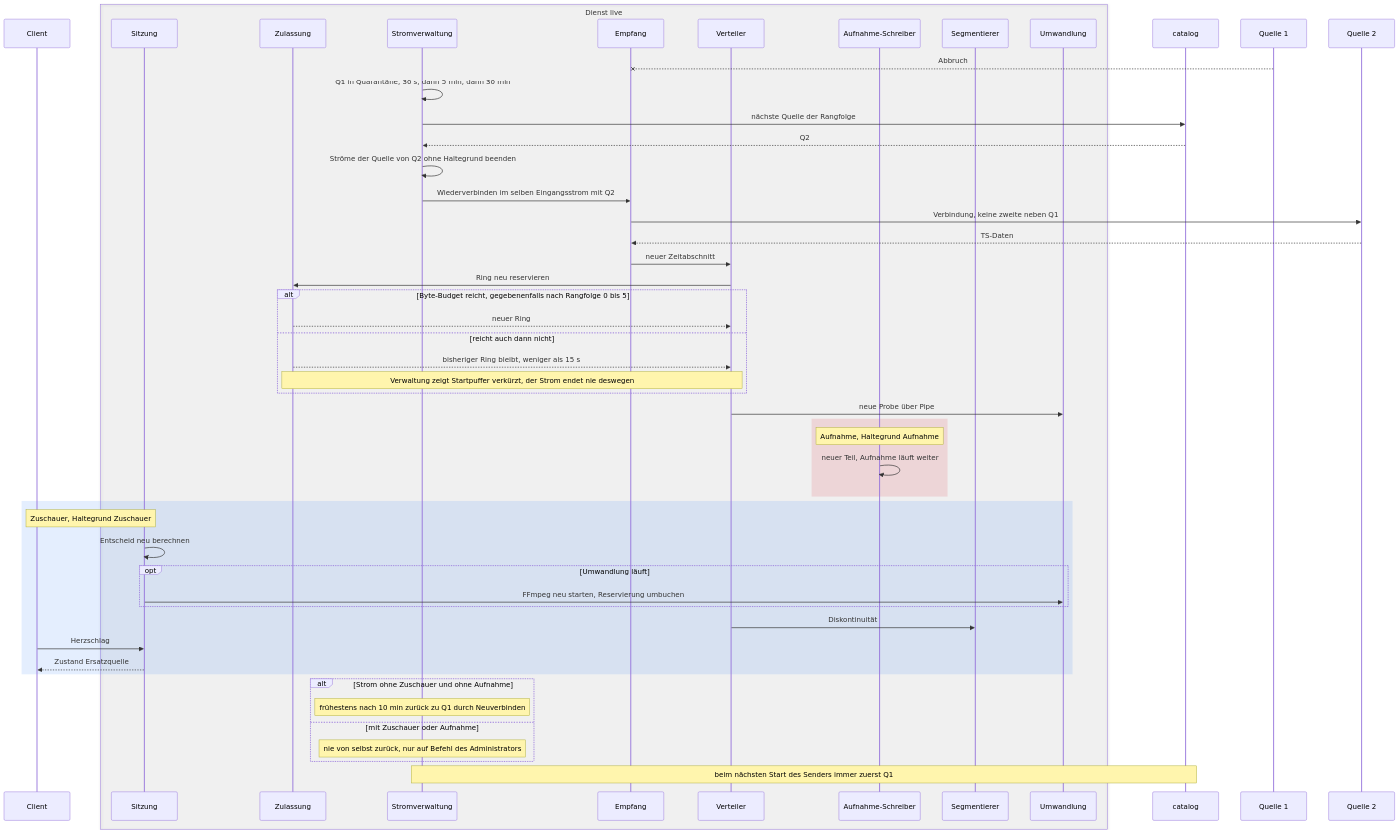
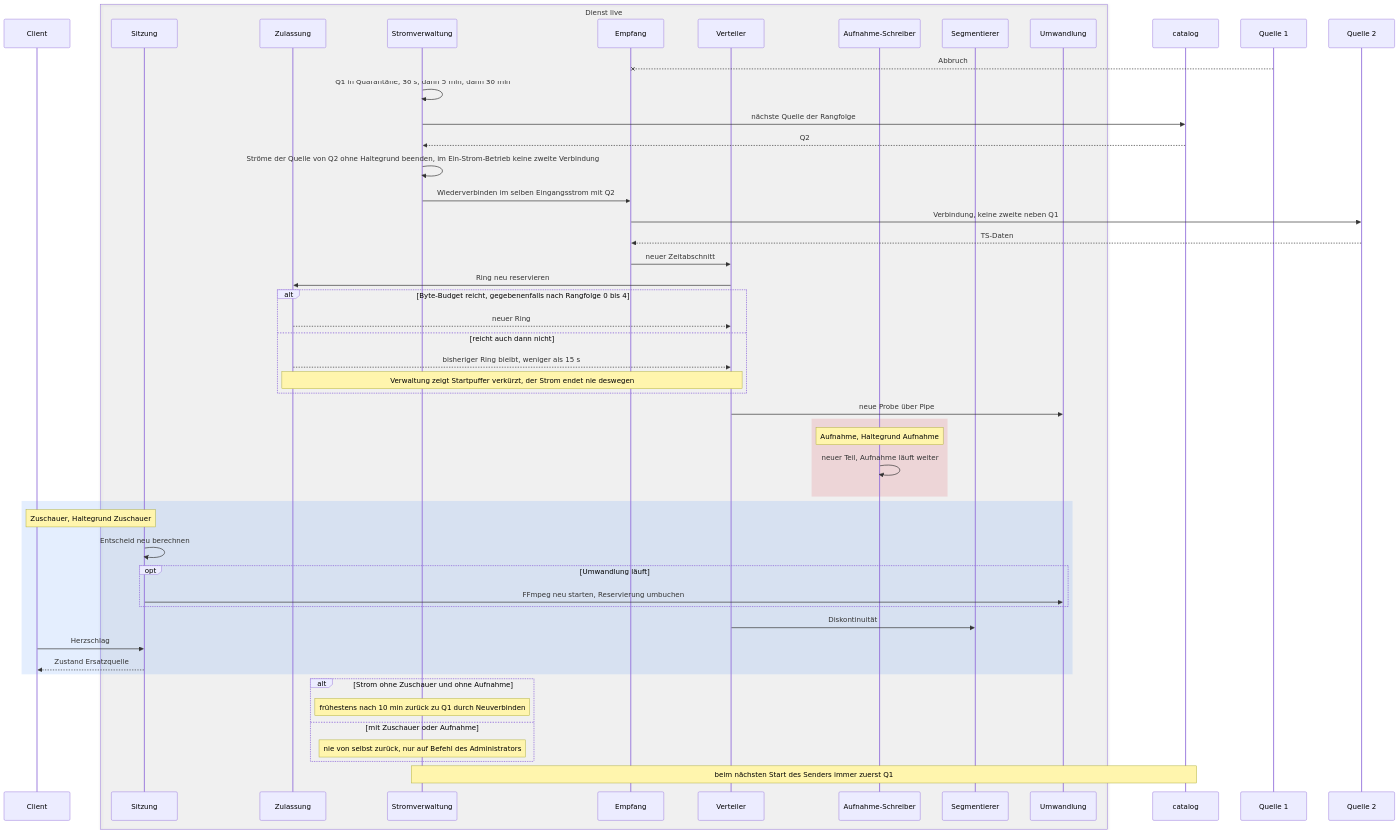
Before and after one commit to SlouchCat/slouchcat: diagram 11 of 23 in docs/planning/28-live-tv/06-ablaeufe.md, drawn with Mermaid. The commit also changed other lines of this file, not shown here.

Commit message:
docs(planning): concept 28 live TV, flows version 3 for architecture version 4

````diff
--- a/docs/planning/28-live-tv/06-ablaeufe.md
+++ b/docs/planning/28-live-tv/06-ablaeufe.md
@@ -851,55 +921,55 @@
 ```mermaid
 sequenceDiagram
   participant CL as Client
   box rgba(128,128,128,0.08) Dienst live
     participant SES as Sitzung
     participant ZUL as Zulassung
     participant STR as Stromverwaltung
     participant EMP as Empfang
     participant VT as Verteiler
     participant AUF as Aufnahme-Schreiber
     participant SEG as Segmentierer
     participant UW as Umwandlung
   end
   participant CAT as catalog
   participant Q1 as Quelle 1
   participant Q2 as Quelle 2
 
   Q1--xEMP: Abbruch
   STR->>STR: Q1 in Quarantäne, 30 s, dann 5 min, dann 30 min
   STR->>CAT: nächste Quelle der Rangfolge
   CAT-->>STR: Q2
-  STR->>STR: Ströme der Quelle von Q2 ohne Haltegrund beenden
+  STR->>STR: Ströme der Quelle von Q2 ohne Haltegrund beenden, im Ein-Strom-Betrieb keine zweite Verbindung
   STR->>EMP: Wiederverbinden im selben Eingangsstrom mit Q2
   EMP->>Q2: Verbindung, keine zweite neben Q1
   Q2-->>EMP: TS-Daten
   EMP->>VT: neuer Zeitabschnitt
   VT->>ZUL: Ring neu reservieren
-  alt Byte-Budget reicht, gegebenenfalls nach Rangfolge 0 bis 5
+  alt Byte-Budget reicht, gegebenenfalls nach Rangfolge 0 bis 4
     ZUL-->>VT: neuer Ring
   else reicht auch dann nicht
     ZUL-->>VT: bisheriger Ring bleibt, weniger als 15 s
     Note over VT,ZUL: Verwaltung zeigt Startpuffer verkürzt, der Strom endet nie deswegen
   end
   VT->>UW: neue Probe über Pipe
   rect rgba(220,53,69,0.14)
     Note over AUF: Aufnahme, Haltegrund Aufnahme
     AUF->>AUF: neuer Teil, Aufnahme läuft weiter
   end
   rect rgba(66,135,245,0.14)
     Note over CL,SES: Zuschauer, Haltegrund Zuschauer
     SES->>SES: Entscheid neu berechnen
     opt Umwandlung läuft
       SES->>UW: FFmpeg neu starten, Reservierung umbuchen
     end
     VT->>SEG: Diskontinuität
     CL->>SES: Herzschlag
     SES-->>CL: Zustand Ersatzquelle
   end
   alt Strom ohne Zuschauer und ohne Aufnahme
     Note over STR: frühestens nach 10 min zurück zu Q1 durch Neuverbinden
   else mit Zuschauer oder Aufnahme
     Note over STR: nie von selbst zurück, nur auf Befehl des Administrators
   end
   Note over STR,CAT: beim nächsten Start des Senders immer zuerst Q1
 ```
````
